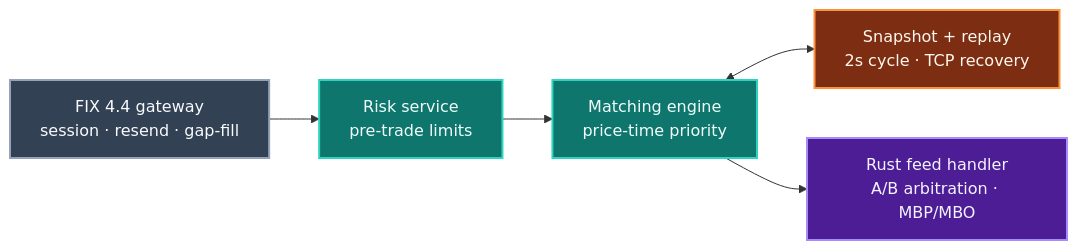
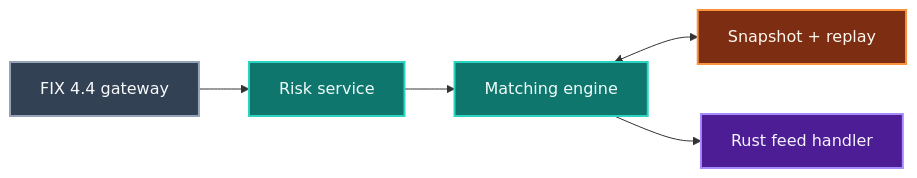
The diagram in README.md (Git-ShivamPatil/low-latency-market-data-stack), drawn with Mermaid before and after one commit. The commit also changed other lines of this file, not shown here.

Commit message:
Move the node detail out of the diagram and into a table beside it

````diff
--- a/README.md
+++ b/README.md
@@ -32,22 +32,22 @@
 ```mermaid
 flowchart LR
-    N0["FIX 4.4 gateway<br/>session · resend · gap-fill"]
-    N1["Risk service<br/>pre-trade limits"]
-    N2["Matching engine<br/>price-time priority"]
-    N3["Snapshot + replay<br/>2s cycle · TCP recovery"]
-    N4["Rust feed handler<br/>A/B arbitration · MBP/MBO"]
+    N0["FIX 4.4 gateway"]
+    N1["Risk service"]
+    N2["Matching engine"]
+    N3["Snapshot + replay"]
+    N4["Rust feed handler"]
 
     N0 --> N1
     N1 --> N2
     N2 <--> N3
     N2 --> N4
 
     classDef input fill:#334155,stroke:#94a3b8,stroke-width:2px,color:#f8fafc
     classDef core fill:#0f766e,stroke:#2dd4bf,stroke-width:2px,color:#f0fdfa
     classDef store fill:#7c2d12,stroke:#fb923c,stroke-width:2px,color:#fff7ed
     classDef output fill:#4c1d95,stroke:#a78bfa,stroke-width:2px,color:#f5f3ff
     class N0 input
     class N1,N2 core
     class N3 store
     class N4 output
 ```
````
